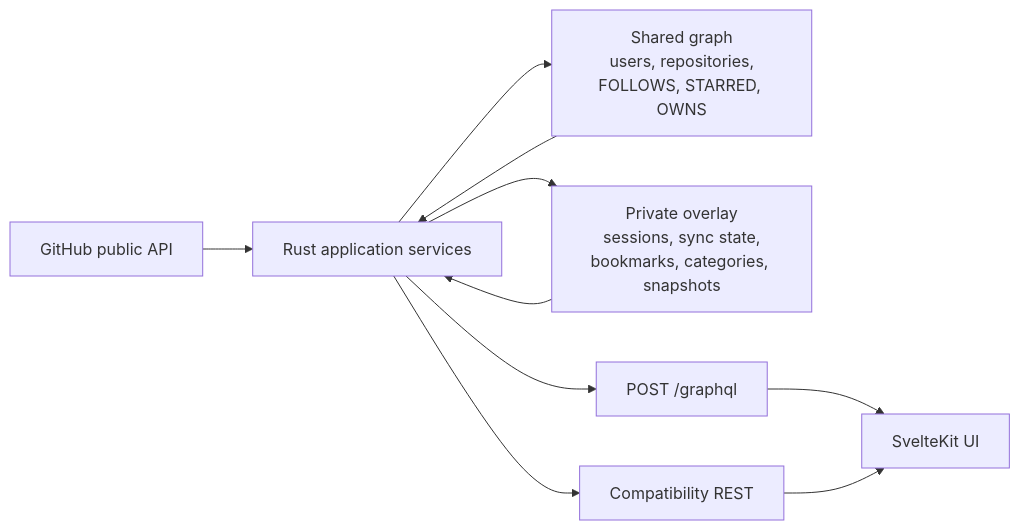
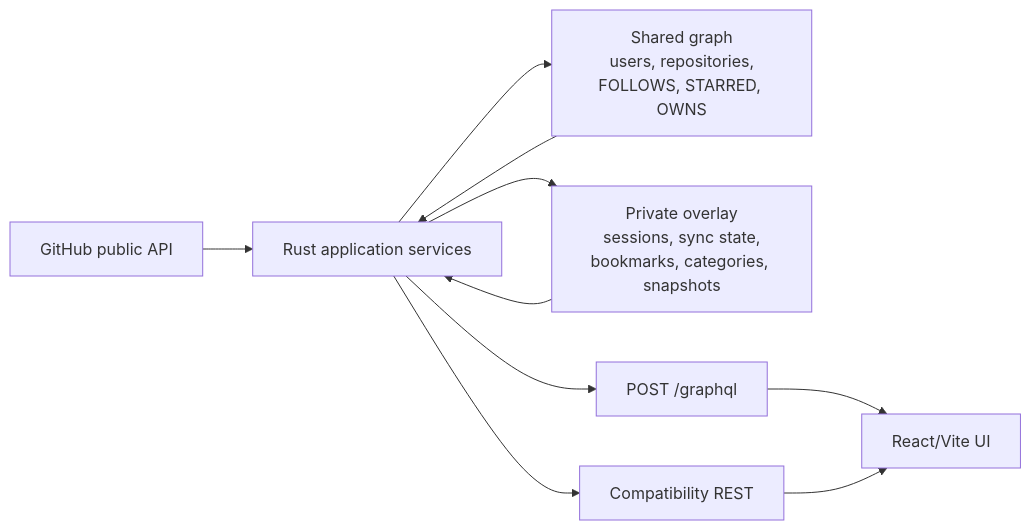
Before and after one commit to Paul-M-Kallarackal/gitexplore: the second of 2 diagrams in docs/architecture.md, drawn with Mermaid. The commit also changed other lines of this file and 132 other files, not shown here.

First line of the commit message:
Build React graph discovery experience (#4)

````diff
--- a/docs/architecture.md
+++ b/docs/architecture.md
@@ -34,20 +34,20 @@
 ```mermaid
 flowchart LR
     github["GitHub public API"]
     service["Rust application services"]
     public["Shared graph\nusers, repositories,\nFOLLOWS, STARRED, OWNS"]
     private["Private overlay\nsessions, sync state,\nbookmarks, categories, snapshots"]
     graphql["POST /graphql"]
     rest["Compatibility REST"]
-    web["SvelteKit UI"]
+    web["React/Vite UI"]
 
     github --> service
     service --> public
     service --> private
     public --> service
     private --> service
     service --> graphql
     service --> rest
     graphql --> web
     rest --> web
 ```
````
